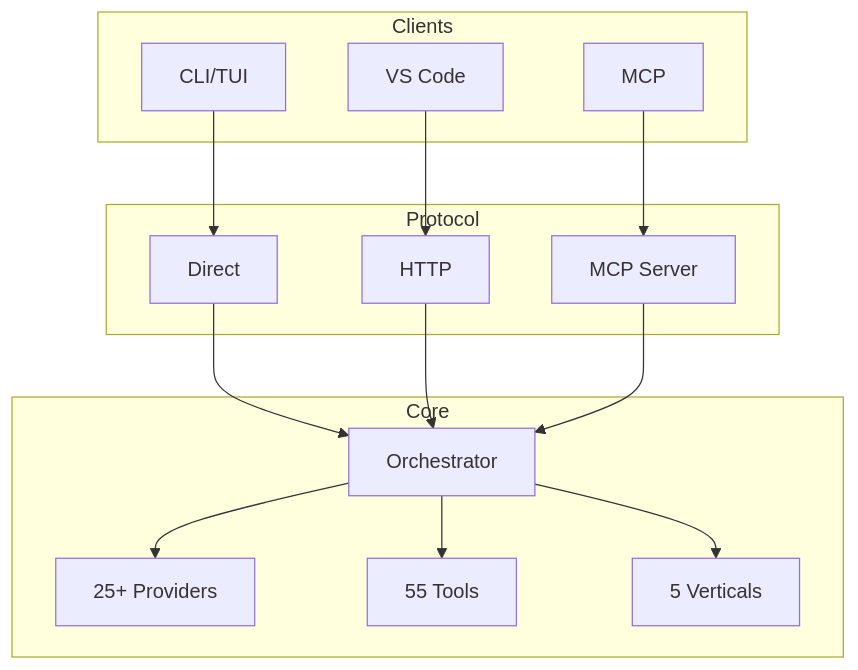
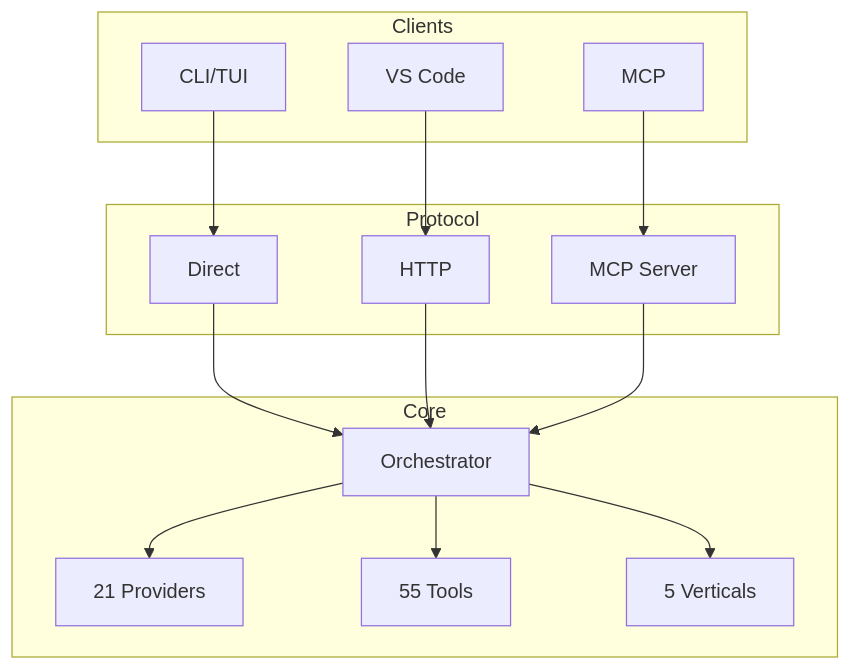
Before and after one commit to vjsingh1984/victor: the second of 2 diagrams in README.md, drawn with Mermaid. The commit also changed other lines of this file and 56 other files, not shown here.

````diff
--- a/README.md
+++ b/README.md
@@ -140,28 +140,28 @@
 ```mermaid
 flowchart TB
     subgraph Clients
         CLI[CLI/TUI]
         VS[VS Code]
         MCP[MCP]
     end
 
     subgraph Protocol
         Direct[Direct]
         HTTP[HTTP]
         MCPS[MCP Server]
     end
 
     subgraph Core
         Orch[Orchestrator]
-        Prov[25+ Providers]
+        Prov[21 Providers]
         Tools[55 Tools]
         Vert[5 Verticals]
     end
 
     CLI --> Direct --> Orch
     VS --> HTTP --> Orch
     MCP --> MCPS --> Orch
     Orch --> Prov
     Orch --> Tools
     Orch --> Vert
 ```
````
